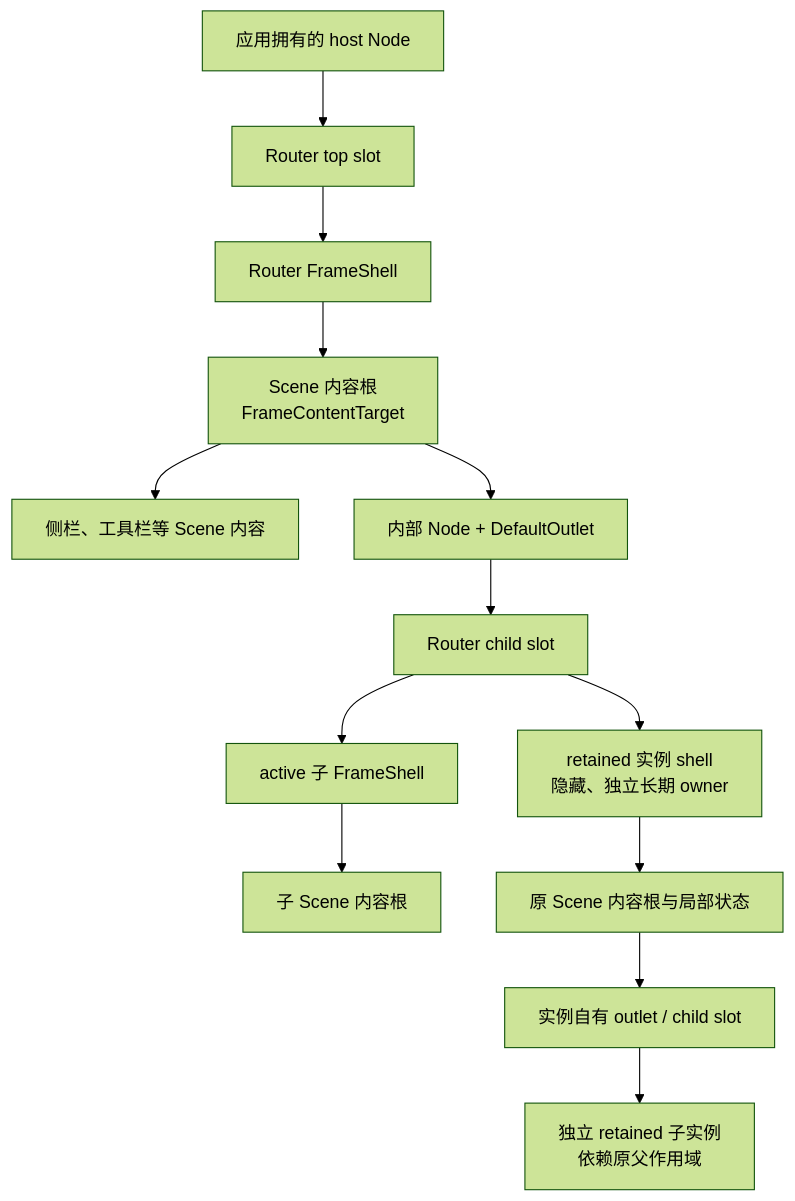
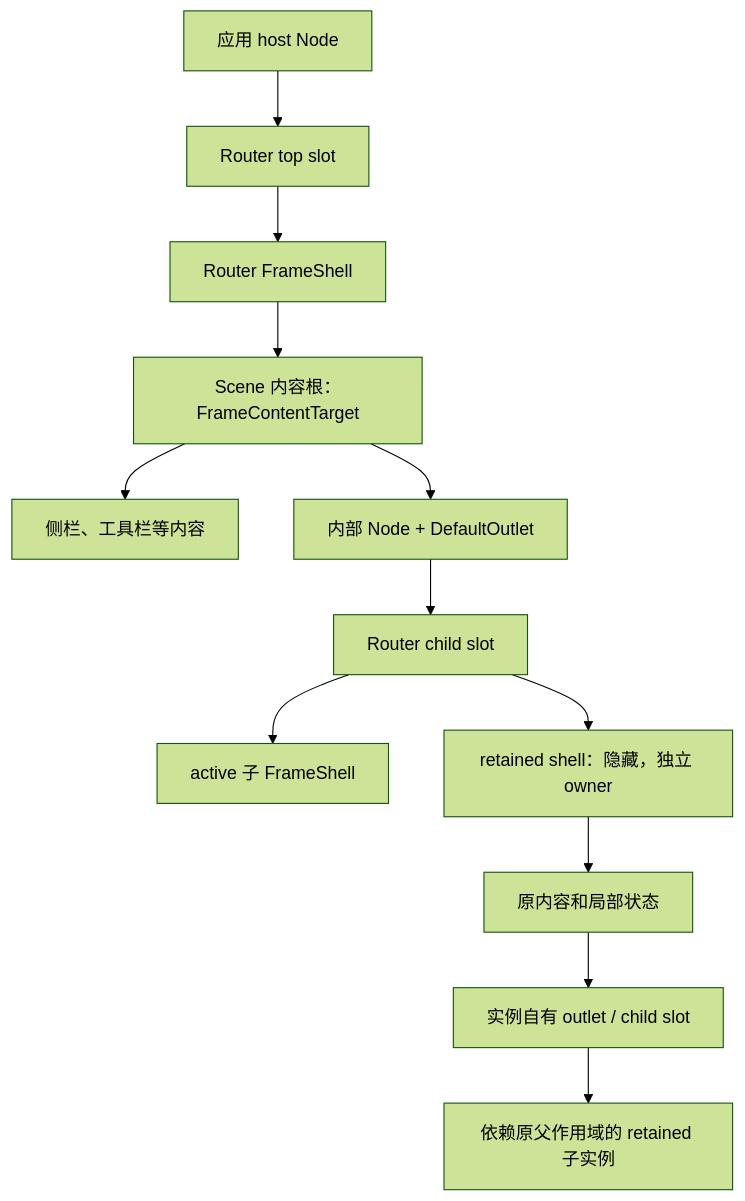
The first of 3 diagrams in docs/architecture/runtime.md (shengyusi-SYS/bevy_ui_router), drawn with Mermaid (forest theme) before and after one commit. The commit also changed other lines of this file and 167 other files, not shown here.

````diff
--- a/docs/architecture/runtime.md
+++ b/docs/architecture/runtime.md
@@ -11,15 +11,14 @@
 ```mermaid
 flowchart TD
-    Host["应用拥有的 host Node"] --> Top["Router top slot"]
+    Host["应用 host Node"] --> Top["Router top slot"]
     Top --> Shell["Router FrameShell"]
-    Shell --> Root["Scene 内容根<br/>FrameContentTarget"]
-    Root --> Layout["侧栏、工具栏等 Scene 内容"]
+    Shell --> Root["Scene 内容根：FrameContentTarget"]
+    Root --> Layout["侧栏、工具栏等内容"]
     Root --> Outlet["内部 Node + DefaultOutlet"]
     Outlet --> Slot["Router child slot"]
     Slot --> ChildShell["active 子 FrameShell"]
-    ChildShell --> ChildRoot["子 Scene 内容根"]
-    Slot --> Retained["retained 实例 shell<br/>隐藏、独立长期 owner"]
-    Retained --> CachedRoot["原 Scene 内容根与局部状态"]
+    Slot --> Retained["retained shell：隐藏，独立 owner"]
+    Retained --> CachedRoot["原内容和局部状态"]
     CachedRoot --> CachedOutlet["实例自有 outlet / child slot"]
-    CachedOutlet --> CachedChild["独立 retained 子实例<br/>依赖原父作用域"]
+    CachedOutlet --> CachedChild["依赖原父作用域的 retained 子实例"]
 ```
````
